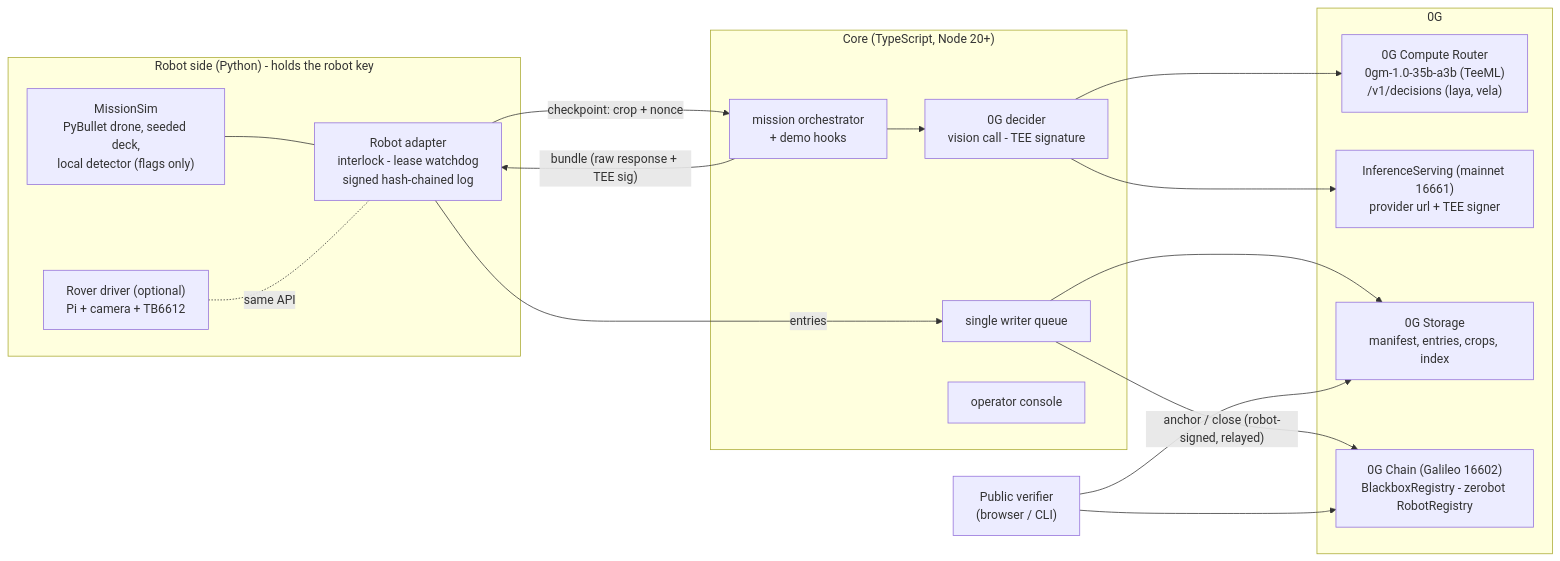
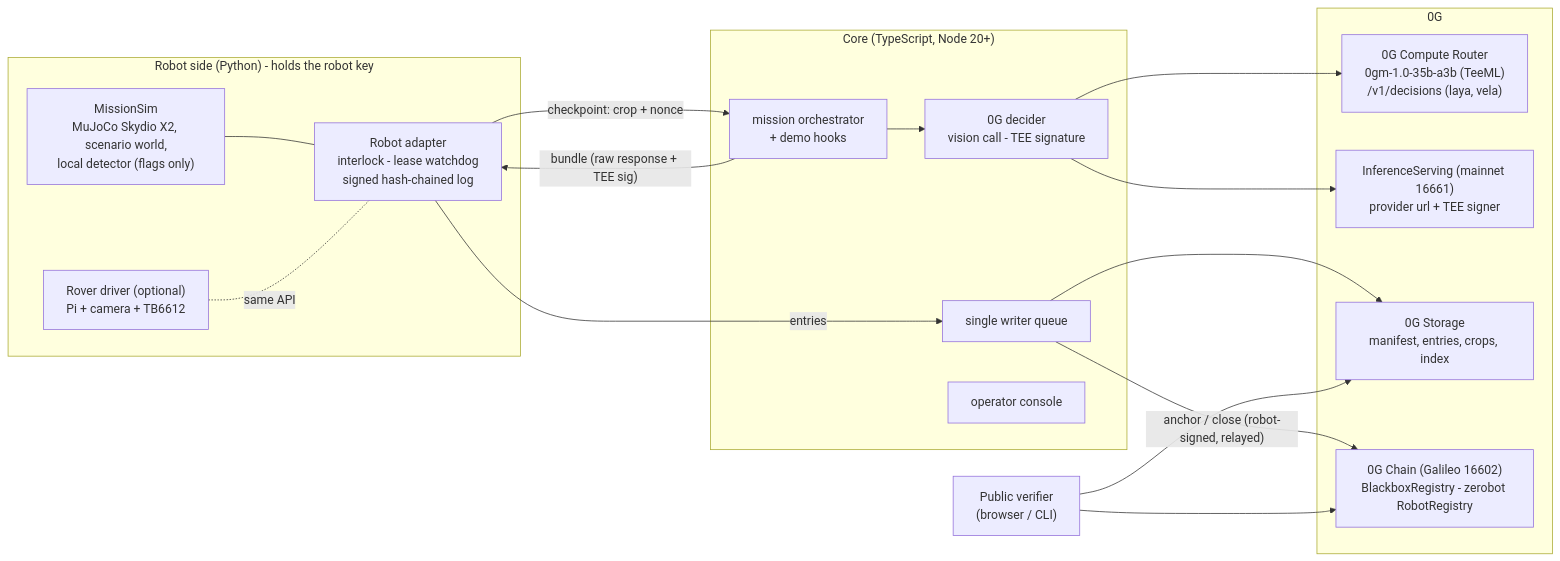
Before and after one commit to Pranav-d33/Blackbox: the first of 2 diagrams in README.md, drawn with Mermaid. The commit also changed other lines of this file, not shown here.

````diff
--- a/README.md
+++ b/README.md
@@ -62,32 +69,32 @@
 ```mermaid
 flowchart LR
   subgraph Robot["Robot side (Python) - holds the robot key"]
-    SIM["MissionSim<br/>PyBullet drone, seeded deck,<br/>local detector (flags only)"]
+    SIM["MissionSim<br/>MuJoCo Skydio X2, scenario world,<br/>local detector (flags only)"]
     AD["Robot adapter<br/>interlock - lease watchdog<br/>signed hash-chained log"]
     ROV["Rover driver (optional)<br/>Pi + camera + TB6612"]
     SIM --- AD
     ROV -. same API .- AD
   end
   subgraph Core["Core (TypeScript, Node 20+)"]
     DEC["0G decider<br/>vision call - TEE signature"]
     Q["single writer queue"]
     MS["mission orchestrator<br/>+ demo hooks"]
     UI["operator console"]
   end
   subgraph ZG["0G"]
     R["0G Compute Router<br/>0gm-1.0-35b-a3b (TeeML)<br/>/v1/decisions (laya, vela)"]
     SV["InferenceServing (mainnet 16661)<br/>provider url + TEE signer"]
     ST["0G Storage<br/>manifest, entries, crops, index"]
     CH["0G Chain (Galileo 16602)<br/>BlackboxRegistry - zerobot RobotRegistry"]
   end
   VER["Public verifier<br/>(browser / CLI)"]
   AD -- "checkpoint: crop + nonce" --> MS
   MS --> DEC --> R
   DEC --> SV
   MS -- "bundle (raw response + TEE sig)" --> AD
   AD -- "entries" --> Q
   Q --> ST
   Q -- "anchor / close (robot-signed, relayed)" --> CH
   VER --> CH
   VER --> ST
 ```
````
